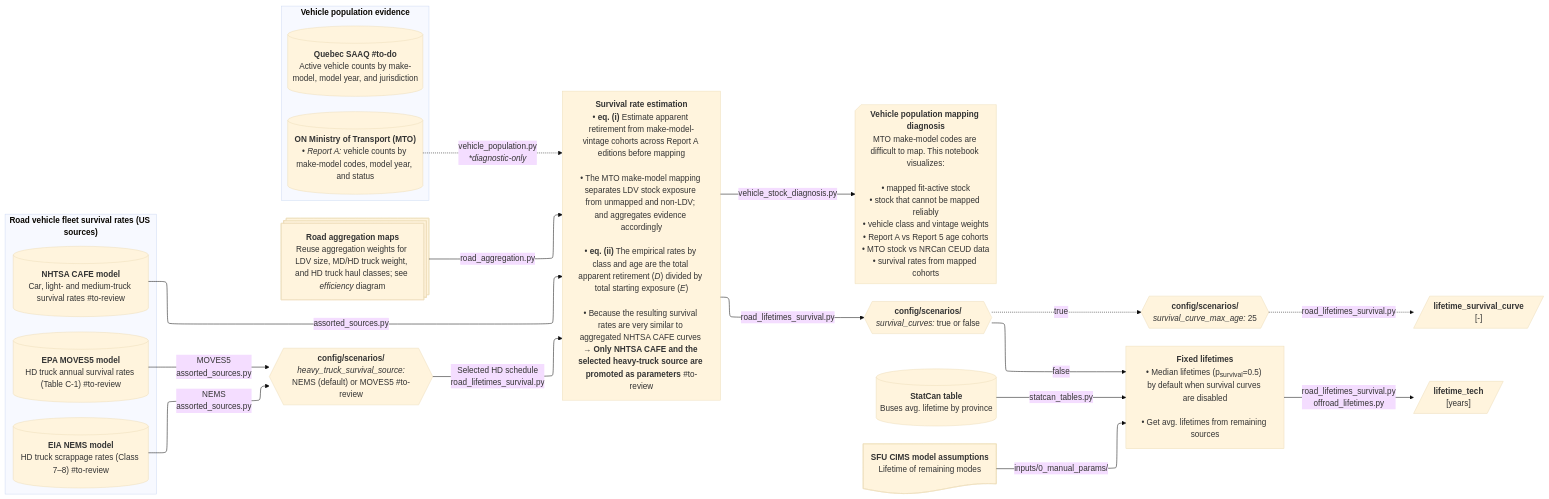
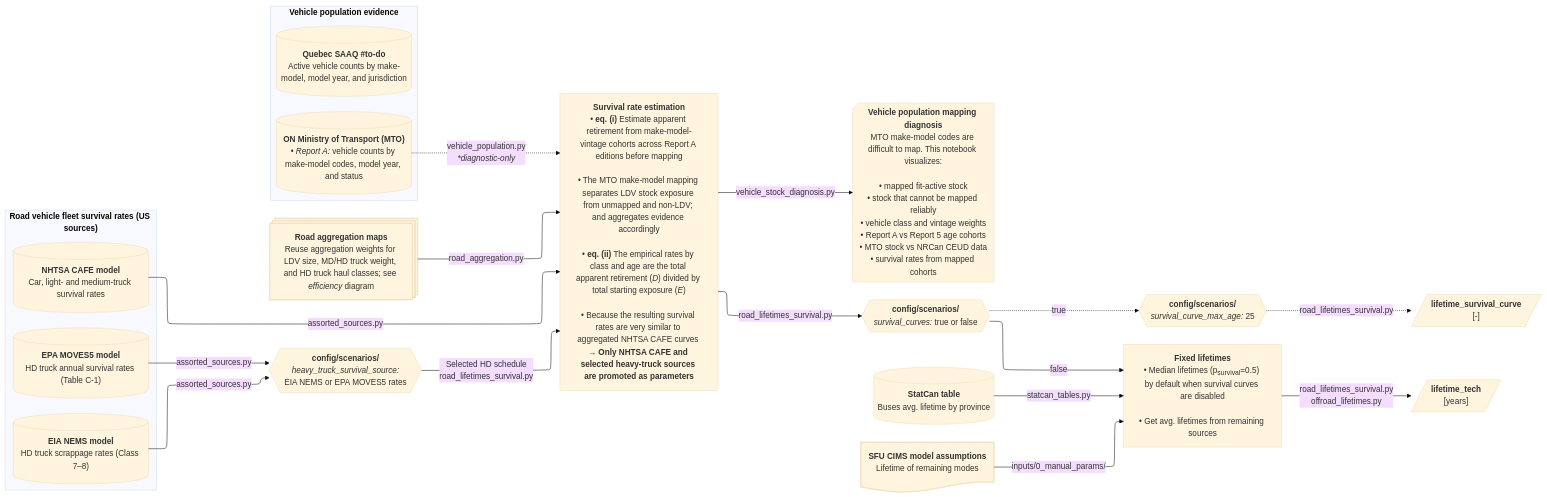
One commit to CANOE-main/canoe-transportation changed the fifth of 12 diagrams in docs/etl_flowcharts.md. Above: the diagram before and after it, drawn with Mermaid (base theme). The commit also changed other lines of this file and 53 other files, not shown here.

```diff
--- a/docs/etl_flowcharts.md
+++ b/docs/etl_flowcharts.md
@@ -314,11 +314,11 @@
   subgraph survival["`**Road vehicle fleet survival rates (US sources)**`"]
     direction LR
     s2[("`**NHTSA CAFE model**
-      Car, light- and medium-truck survival rates #to-review`")]
+      Car, light- and medium-truck survival rates`")]
     s3[("`**EIA NEMS model**
-      HD truck scrappage rates (Class 7–8) #to-review`")]
+      HD truck scrappage rates (Class 7–8)`")]
     s7[("`**EPA MOVES5 model**
-      HD truck annual survival rates (Table C-1) #to-review`")]
+      HD truck annual survival rates (Table C-1)`")]
   end
 
   subgraph population["`**Vehicle population evidence**`"]
@@ -337,7 +337,7 @@
     • **eq. (i)** Estimate apparent retirement from make-model-vintage cohorts across Report A editions before mapping<br>
     • The MTO make-model mapping separates LDV stock exposure from unmapped and non-LDV; and aggregates evidence accordingly<br>
     • **eq. (ii)** The empirical rates by class and age are the total apparent retirement (*D*) divided by total starting exposure (*E*)<br>
-    • Because the resulting survival rates are very similar to aggregated NHTSA CAFE curves → **Only NHTSA CAFE and the selected heavy-truck source are promoted as parameters** #to-review`"]
+    • Because the resulting survival rates are very similar to aggregated NHTSA CAFE curves → **Only NHTSA CAFE and selected heavy-truck sources are promoted as parameters**`"]
 
   p0_2@{shape: notch-rect, label: "**Vehicle population mapping diagnosis**
     MTO make-model codes are difficult to map. This notebook visualizes:<br>
@@ -351,9 +351,9 @@
   s2 -- "assorted_sources.py" --> p0
   p4@{shape: hex, label: "**config/scenarios/**
     *heavy_truck_survival_source:*
-    NEMS (default) or MOVES5 #to-review"}
-  s3 -- "NEMS<br>assorted_sources.py" --> p4
-  s7 -- "MOVES5<br>assorted_sources.py" --> p4
+    EIA NEMS or EPA MOVES5 rates"}
+  s3 -- "assorted_sources.py" --> p4
+  s7 -- "assorted_sources.py" --> p4
   p4 -- "Selected HD schedule<br>road_lifetimes_survival.py" --> p0
   s0 -. "`vehicle_population.py
     *\*diagnostic-only*`" .-> p0
```
